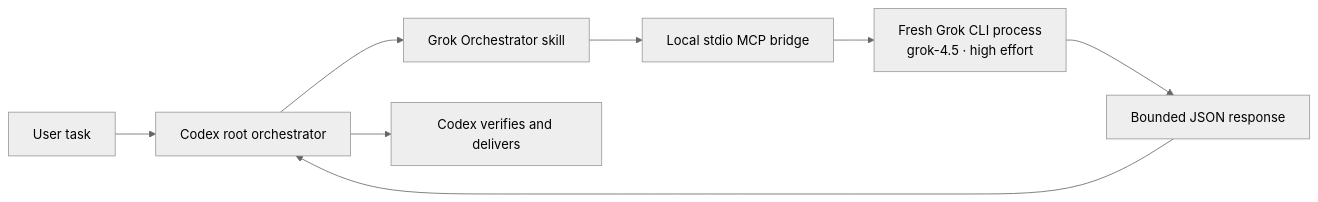
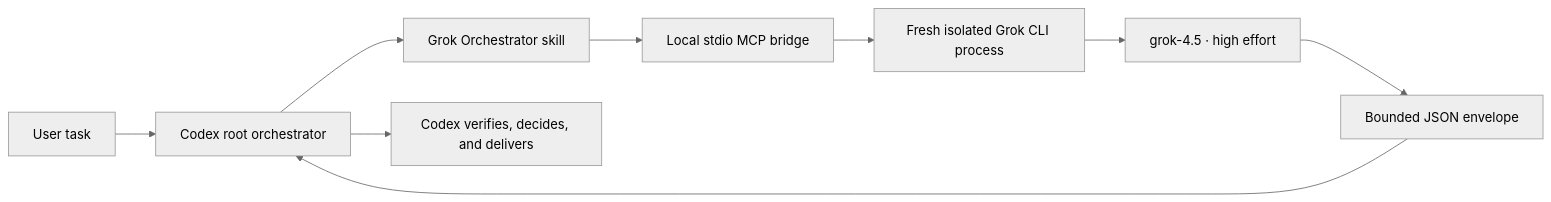
One commit to keiranhaax/grok-plugin changed the diagram in README.md. Above: the diagram before and after it, drawn with Mermaid (neutral theme). The commit also changed other lines of this file and 13 other files, not shown here.

Commit message:
feat: release grok orchestrator v0.2.0

````diff
--- a/README.md
+++ b/README.md
@@ -29,10 +32,11 @@
 ```mermaid
 flowchart LR
     U["User task"] --> C["Codex root orchestrator"]
-    C --> S["Grok Orchestrator skill"]
-    S --> M["Local stdio MCP bridge"]
-    M --> G["Fresh Grok CLI process<br/>grok-4.5 · high effort"]
-    G --> R["Bounded JSON response"]
-    R --> C
-    C --> V["Codex verifies and delivers"]
+    C --> K["Grok Orchestrator skill"]
+    K --> M["Local stdio MCP bridge"]
+    M --> P["Fresh isolated Grok CLI process"]
+    P --> G["grok-4.5 · high effort"]
+    G --> J["Bounded JSON envelope"]
+    J --> C
+    C --> V["Codex verifies, decides, and delivers"]
 ```
````
